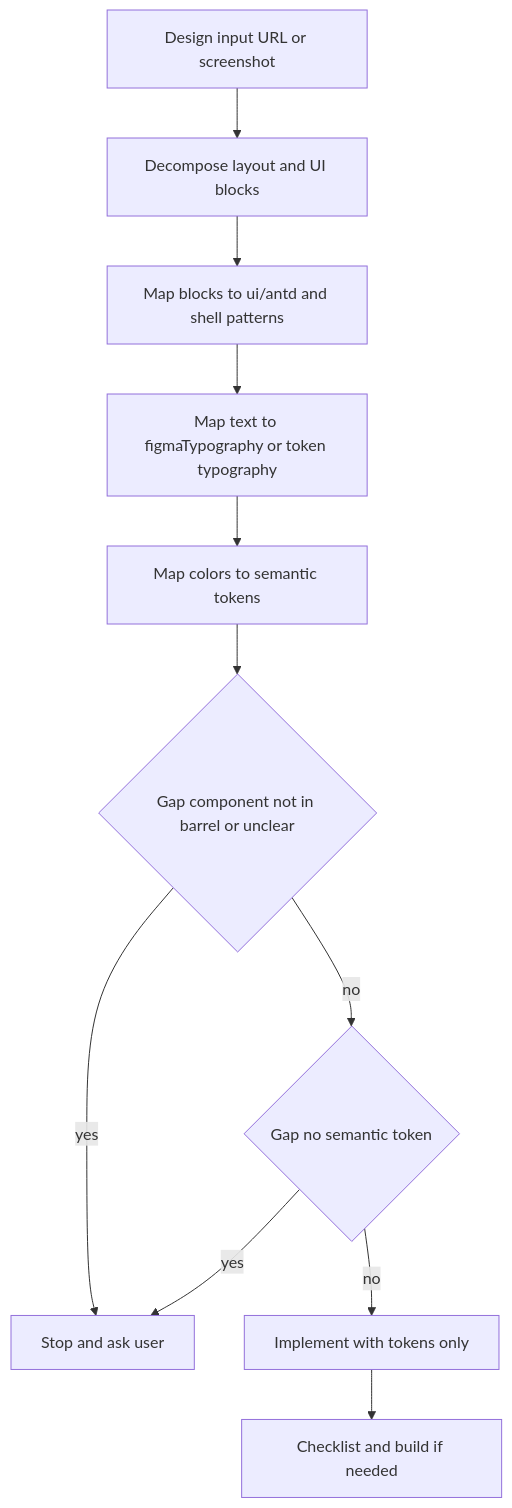
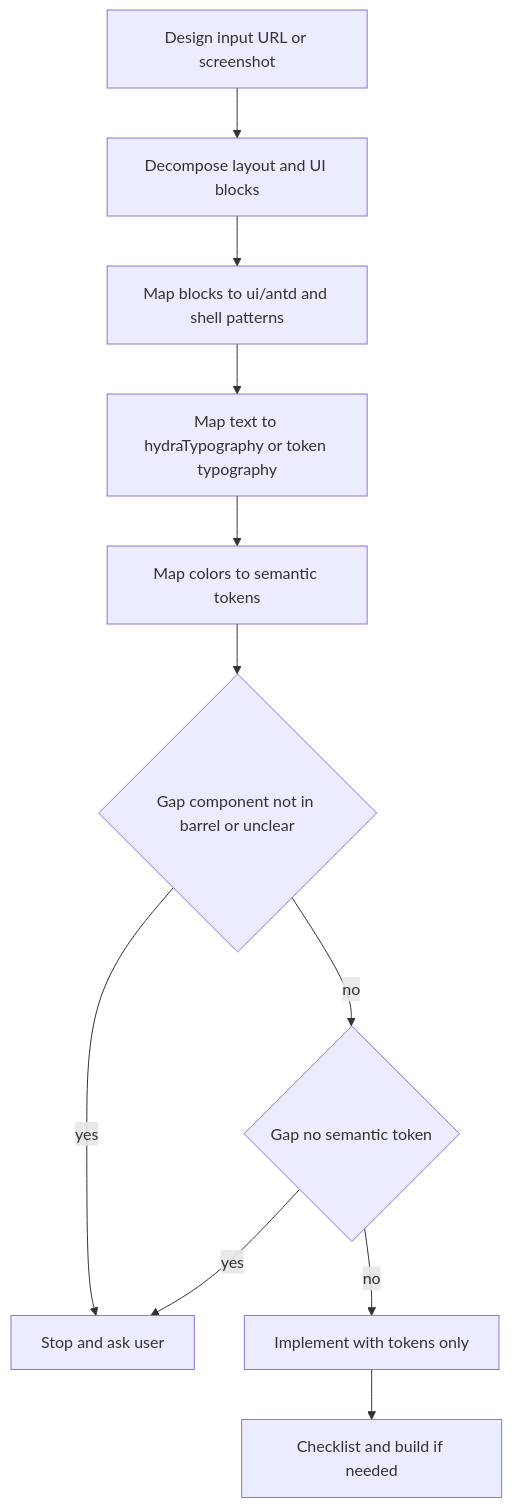
The diagram in .cursor/rules/hydra-design-to-code.mdc (milosdostanic-cyber/on-hydra-app-prototype), drawn with Mermaid before and after one commit. The commit also changed other lines of this file and 3738 other files, not shown here.

````diff
--- a/.cursor/rules/hydra-design-to-code.mdc
+++ b/.cursor/rules/hydra-design-to-code.mdc
@@ -83,19 +83,19 @@
 ```mermaid
 flowchart TD
   start[Design input URL or screenshot]
   decompose[Decompose layout and UI blocks]
   mapComp[Map blocks to ui/antd and shell patterns]
-  mapType[Map text to figmaTypography or token typography]
+  mapType[Map text to hydraTypography or token typography]
   mapColor[Map colors to semantic tokens]
   gapComp{Gap component not in barrel or unclear}
   gapTok{Gap no semantic token}
   askUser[Stop and ask user]
   implement[Implement with tokens only]
   verify[Checklist and build if needed]
   start --> decompose --> mapComp --> mapType --> mapColor
   mapColor --> gapComp
   gapComp -->|yes| askUser
   gapComp -->|no| gapTok
   gapTok -->|yes| askUser
   gapTok -->|no| implement --> verify
 ```
````
